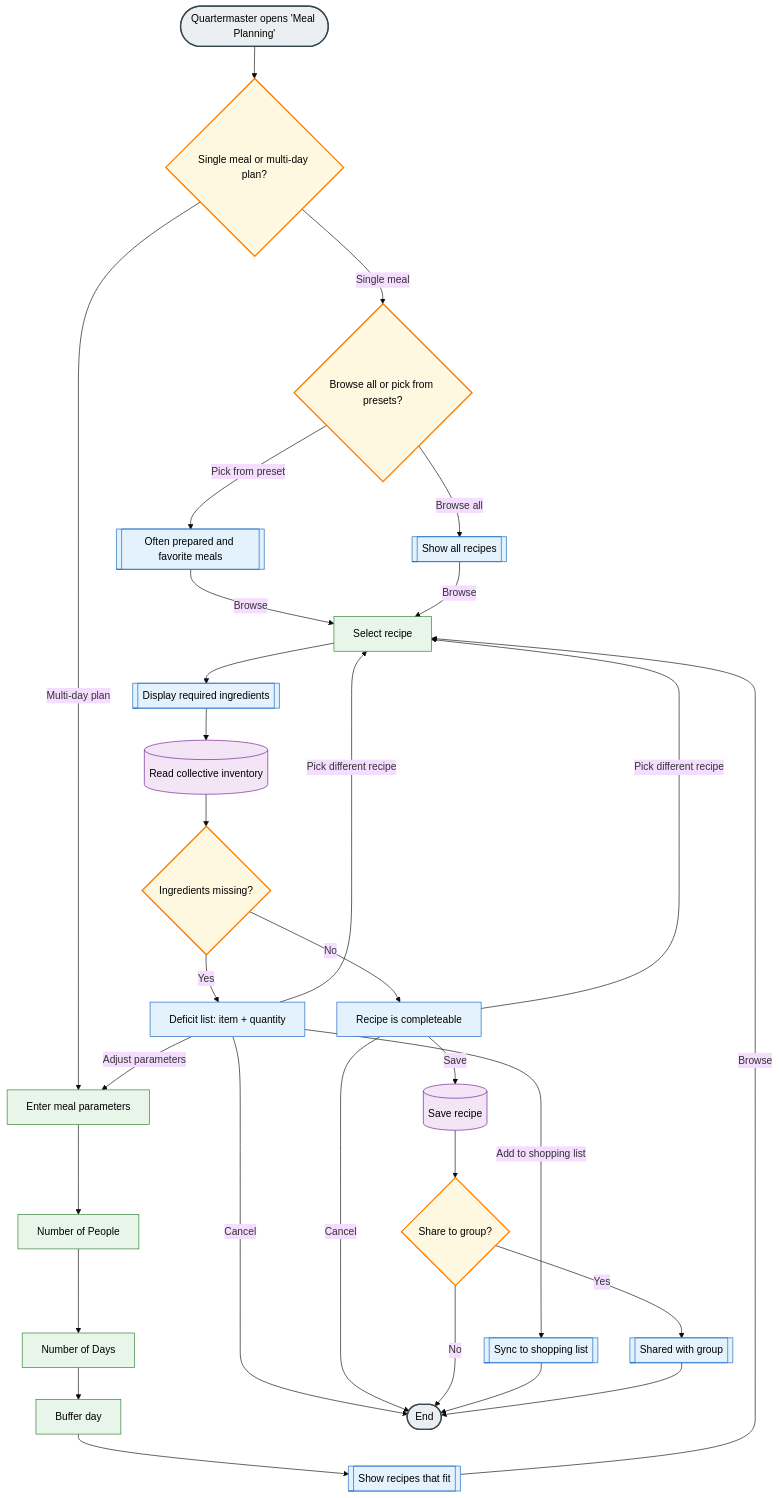
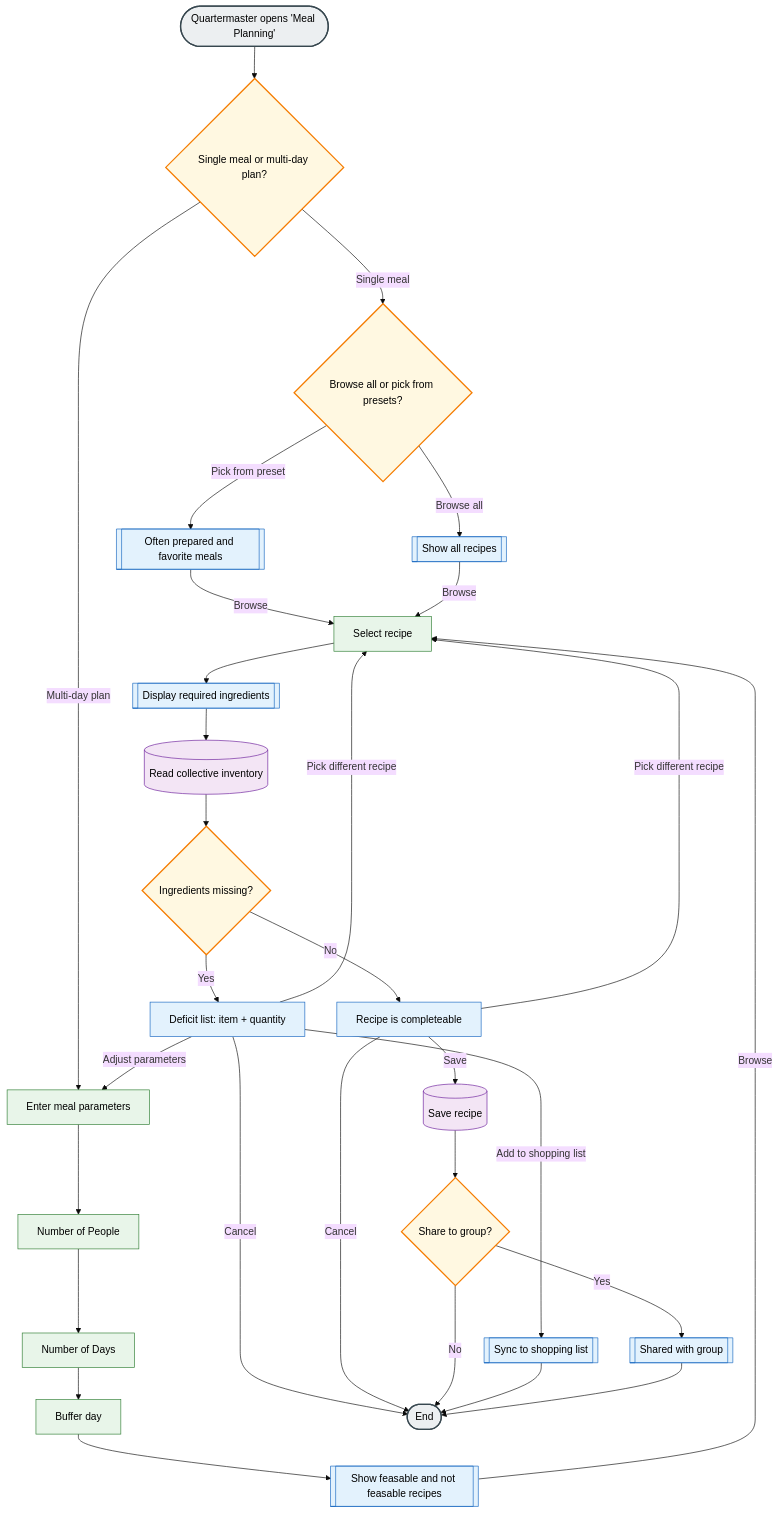
Before and after one commit to Mourice05/The-Fellowship-of-the-Code-2026: the diagram in artifacts/artifact-2/artifact-2-deciding.md, drawn with Mermaid (base theme).

Commit message:
Update artifact-2-deciding.md
mermaid angepasst

````diff
--- a/artifacts/artifact-2/artifact-2-deciding.md
+++ b/artifacts/artifact-2/artifact-2-deciding.md
@@ -24,46 +24,46 @@
 ```mermaid
 flowchart TB
     Start(["Quartermaster opens 'Meal Planning'"])
     Start --> Q{Single meal or multi-day plan?}
     Q -->|Single meal| C
     Q -->|Multi-day plan| B
     C{Browse all or pick from presets?}
     C -->|Browse all| R
     C -->|Pick from preset| X[[Often prepared and favorite meals]] --> |Browse| H
     B[Enter meal parameters] --> D[Number of People]
     D --> E[Number of Days]
     E --> F[Buffer day]
-    F --> G[[Show recipes that fit]]
+    F --> G[[Show feasable and not feasable recipes]]
     R[[Show all recipes]]
     G -->|Browse| H
     R -->|Browse| H
     H[Select recipe] --> H2[[Display required ingredients]]
     H2 --> Z[(Read collective inventory)]
     Z --> I{Ingredients missing?}
     I -->|Yes| L[Deficit list: item + quantity]
     I -->|No| M[Recipe is completeable]
     L -->|Add to shopping list| K[[Sync to shopping list]]
     L -->|Adjust parameters| B
     L -->|Pick different recipe| H
     L -->|Cancel| ZZ
     M -->|Save| N[(Save recipe)]
     M -->|Pick different recipe| H
     M -->|Cancel| ZZ
     N --> S{Share to group?}
     S -->|Yes| O[[Shared with group]]
     S -->|No| ZZ
     K --> ZZ
     O --> ZZ
     ZZ([End])
 
      classDef decision fill:#fff8e1,stroke:#f57c00,stroke-width:2px,color:#000
     classDef system fill:#e3f2fd,stroke:#1565c0,color:#000
     classDef data fill:#f3e5f5,stroke:#6a1b9a,color:#000
     classDef user fill:#e8f5e9,stroke:#2e7d32,color:#000
     classDef endpoint fill:#eceff1,stroke:#37474f,stroke-width:2px,color:#000
     class Q,C,I,S decision
     class G,R,H2,K,O,X,L,M system
     class Z,N data
     class B,D,E,F,H user
     class Start,ZZ endpoint
 ```
````
